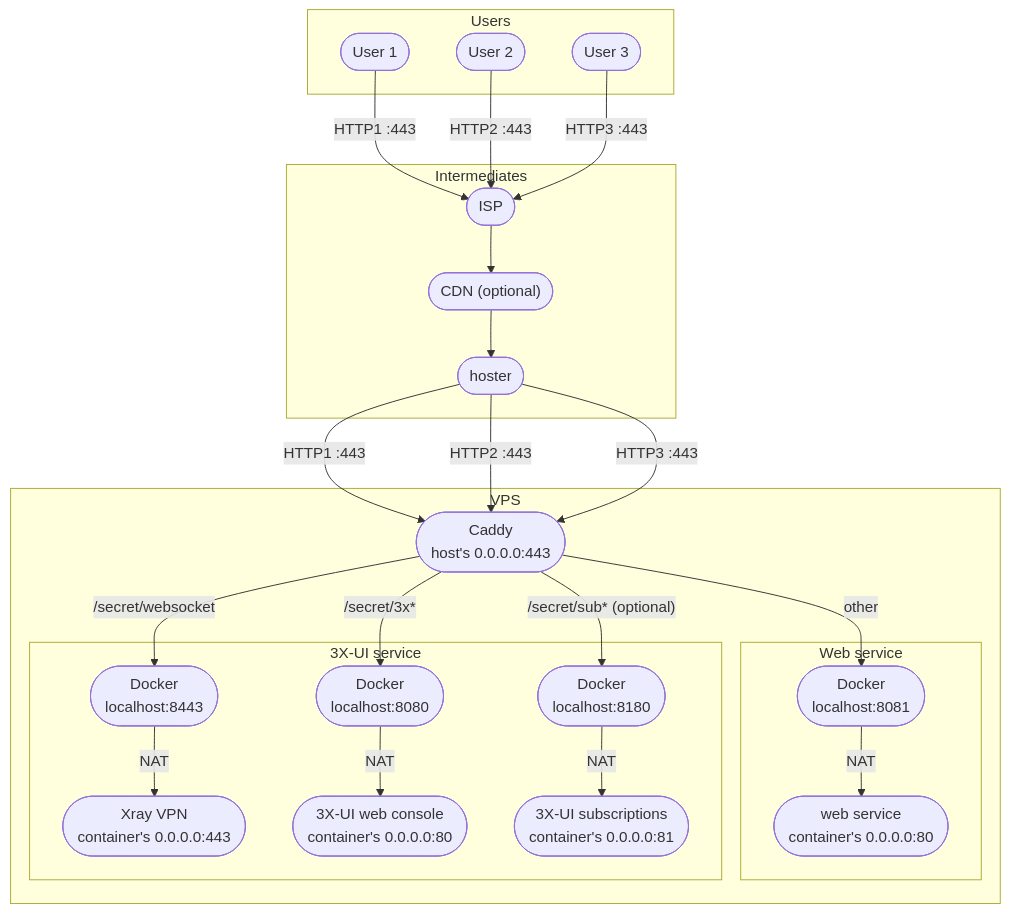
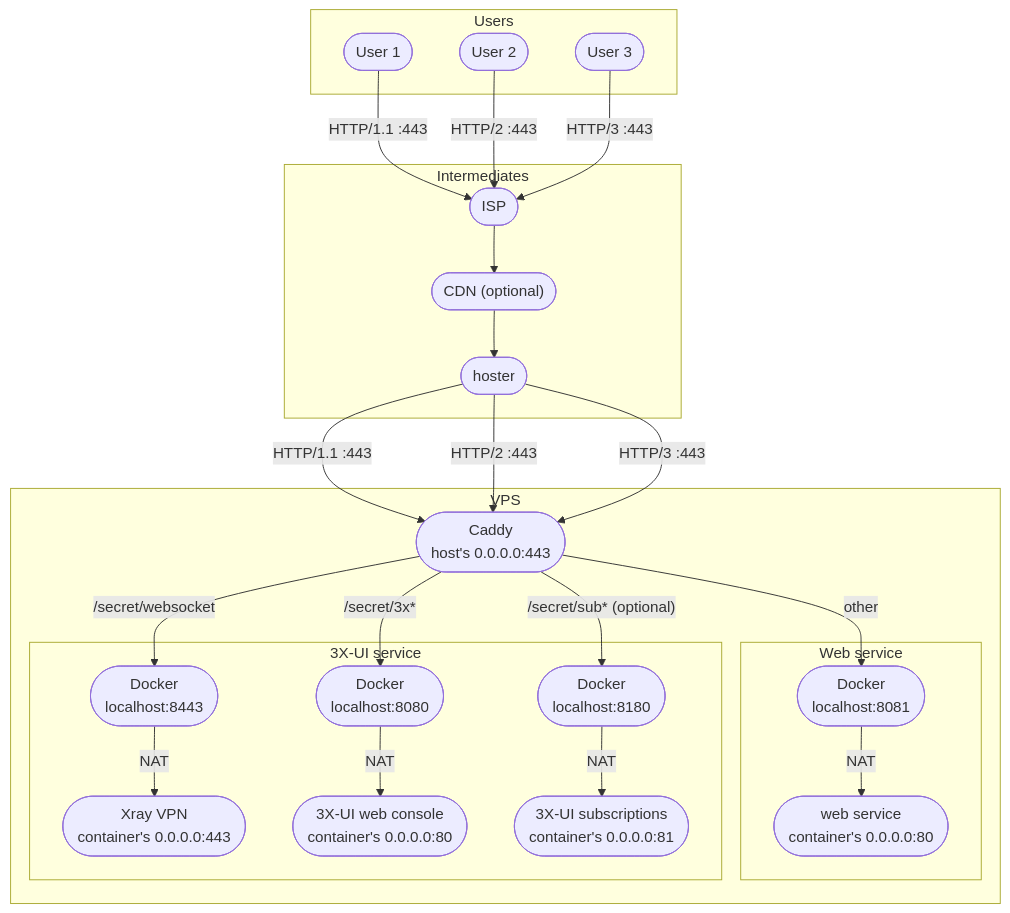
The diagram in posts/2025-01-22-xray-caddy/index.qmd (vsheg/website), drawn with Mermaid before and after one commit. The commit also changed other lines of this file, not shown here.

Commit message:
upd: HTTP1 -> HTTP/1.1 etc.

````diff
--- a/posts/2025-01-22-xray-caddy/index.qmd
+++ b/posts/2025-01-22-xray-caddy/index.qmd
@@ -42,52 +42,52 @@
 ```{mermaid}
 flowchart TD
 
     subgraph Users
         user1([User 1])
         user2([User 2])
         user3([User 3])
     end
 
     subgraph Intermediates
         ISP([ISP])
         CDN(["CDN (optional)"])
         Hoster([hoster])
     end
 
     subgraph VPS
         
         caddy443([Caddy <br> host's 0.0.0.0:443])
 
         subgraph Web service
             dockerweb([Docker <br> localhost:8081])
             service([web service <br> container's 0.0.0.0:80])
         end
 
         subgraph 3X-UI service
           dockervpn([Docker <br> localhost:8443 ])
           xxxvpn([Xray VPN <br> container's 0.0.0.0:443])
           
           dockerui([Docker <br> localhost:8080])
           xxxui([3X-UI web console <br> container's 0.0.0.0:80])
           
           dockersub([Docker <br> localhost:8180])
           xxxsub([3X-UI subscriptions <br> container's 0.0.0.0:81])
         end
 
     end
 
-    user1 -->|HTTP1 :443| ISP
-    user2 -->|HTTP2 :443| ISP
-    user3 -->|HTTP3 :443| ISP
+    user1 -->|HTTP/1.1 :443| ISP
+    user2 -->|HTTP/2 :443| ISP
+    user3 -->|HTTP/3 :443| ISP
     ISP --> CDN --> Hoster
 
-    Hoster -->|HTTP1 :443| caddy443
-    Hoster -->|HTTP2 :443| caddy443
-    Hoster -->|HTTP3 :443| caddy443
+    Hoster -->|HTTP/1.1 :443| caddy443
+    Hoster -->|HTTP/2 :443| caddy443
+    Hoster -->|HTTP/3 :443| caddy443
 
     caddy443 -->|/secret/websocket| dockervpn -->|NAT| xxxvpn
     caddy443 -->|/secret/3x*| dockerui -->|NAT| xxxui
     caddy443 -->|"/secret/sub* (optional)"| dockersub -->|NAT| xxxsub 
     
     caddy443 -->|other| dockerweb -->|NAT| service
 ```
````
